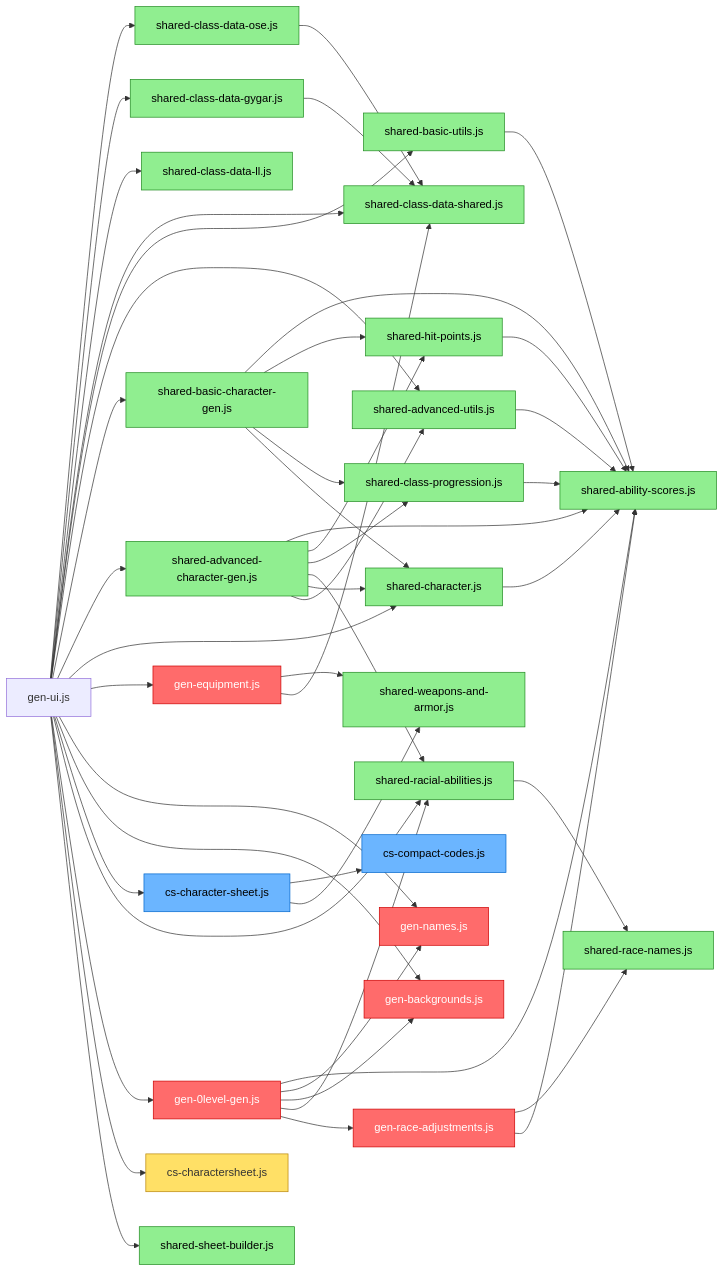
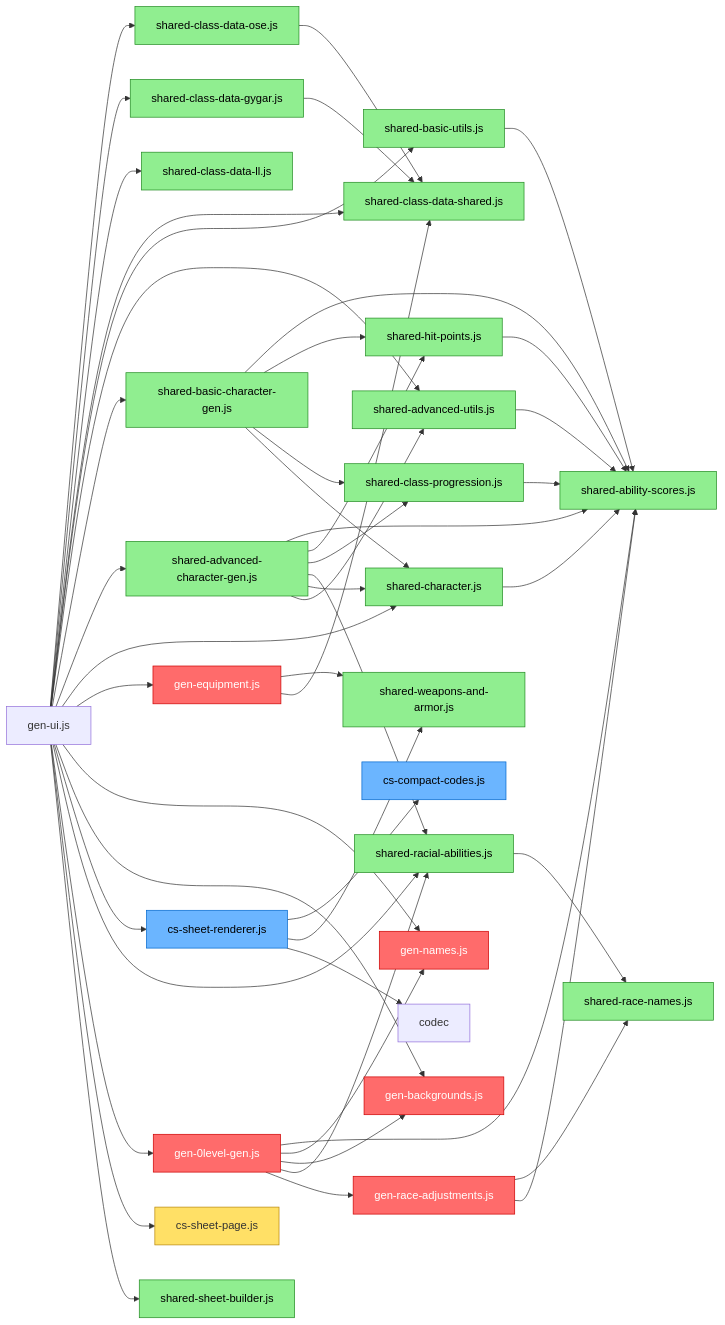
Before and after one commit to bmfrosty/ose-level-0: the second of 2 diagrams in FLOWCHART.md, drawn with Mermaid. The commit also changed other lines of this file and 12 other files, not shown here.

```diff
--- a/FLOWCHART.md
+++ b/FLOWCHART.md
@@ -107,7 +110,7 @@
 
     genui["gen-ui.js"]
 
-    csjs["cs-charactersheet.js"]
+    csjs["cs-sheet-page.js"]
     basicgen["shared-basic-character-gen.js"]
     advgen["shared-advanced-character-gen.js"]
     zgen["gen-0level-gen.js"]
@@ -124,7 +127,7 @@
     bg["gen-backgrounds.js"]
     abilsc["shared-ability-scores.js"]
     sheetbuilder["shared-sheet-builder.js"]
-    charsheetjs["cs-character-sheet.js"]
+    charsheetjs["cs-sheet-renderer.js"]
     compact["cs-compact-codes.js"]
     wa["shared-weapons-and-armor.js"]
     cdshared["shared-class-data-shared.js"]
@@ -156,9 +159,10 @@
     genui --> csjs
     genui --> sheetbuilder
 
-    %% cs-character-sheet.js — not expanded here; gen-ui.js uses it for inline preview only
+    %% cs-sheet-renderer.js — not expanded here; gen-ui.js uses it for inline preview only
     charsheetjs --> compact
     charsheetjs --> wa
+    charsheetjs --> codec
 
     cdose   --> cdshared
     cdgygar --> cdshared
```
